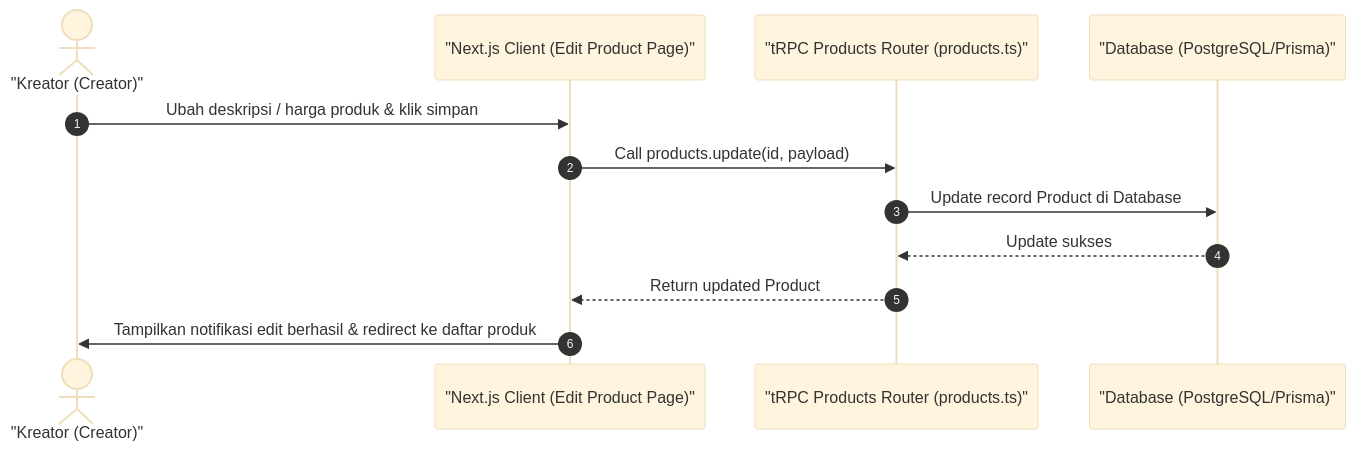
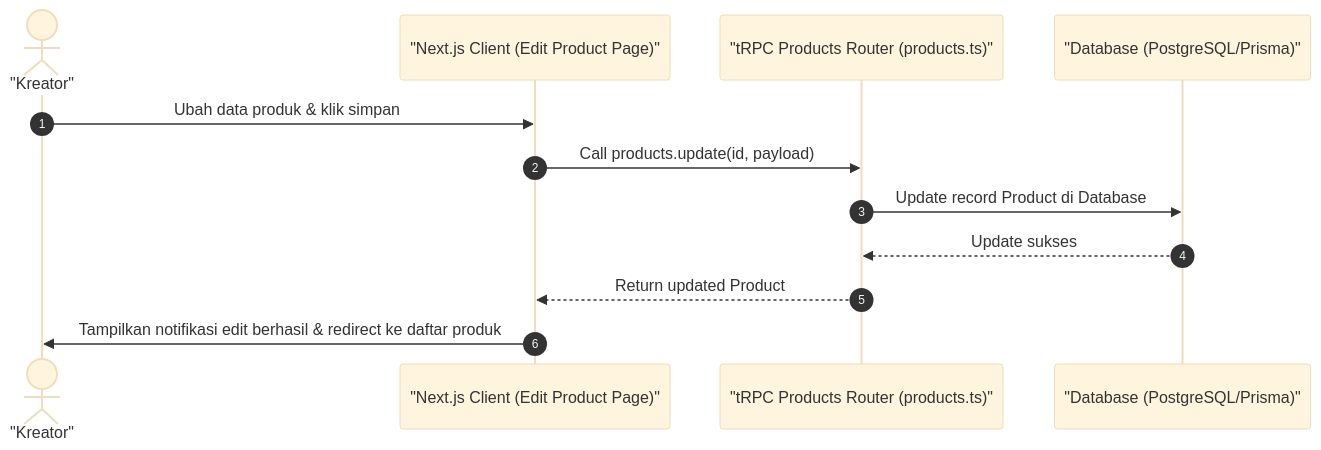
One commit to luputer/CuanIN changed the diagram in docs/19-creator-product-edit.md. Above: the diagram before and after it, drawn with Mermaid (base theme). The commit also changed 53 other files, not shown here.

````diff
--- a/docs/19-creator-product-edit.md
+++ b/docs/19-creator-product-edit.md
@@ -5,16 +5,16 @@
 ```mermaid
 sequenceDiagram
     autonumber
-    actor Creator as "Kreator (Creator)"
+    actor Creator as "Kreator"
     participant Client as "Next.js Client (Edit Product Page)"
     participant ProdRouter as "tRPC Products Router (products.ts)"
     participant DB as "Database (PostgreSQL/Prisma)"
 
-    Creator->>Client: Ubah deskripsi / harga produk & klik simpan
+    Creator->>Client: Ubah data produk & klik simpan
     Client->>ProdRouter: Call products.update(id, payload)
     ProdRouter->>DB: Update record Product di Database
     DB-->>ProdRouter: Update sukses
     ProdRouter-->>Client: Return updated Product
     Client->>Creator: Tampilkan notifikasi edit berhasil & redirect ke daftar produk
 
 ```
````
